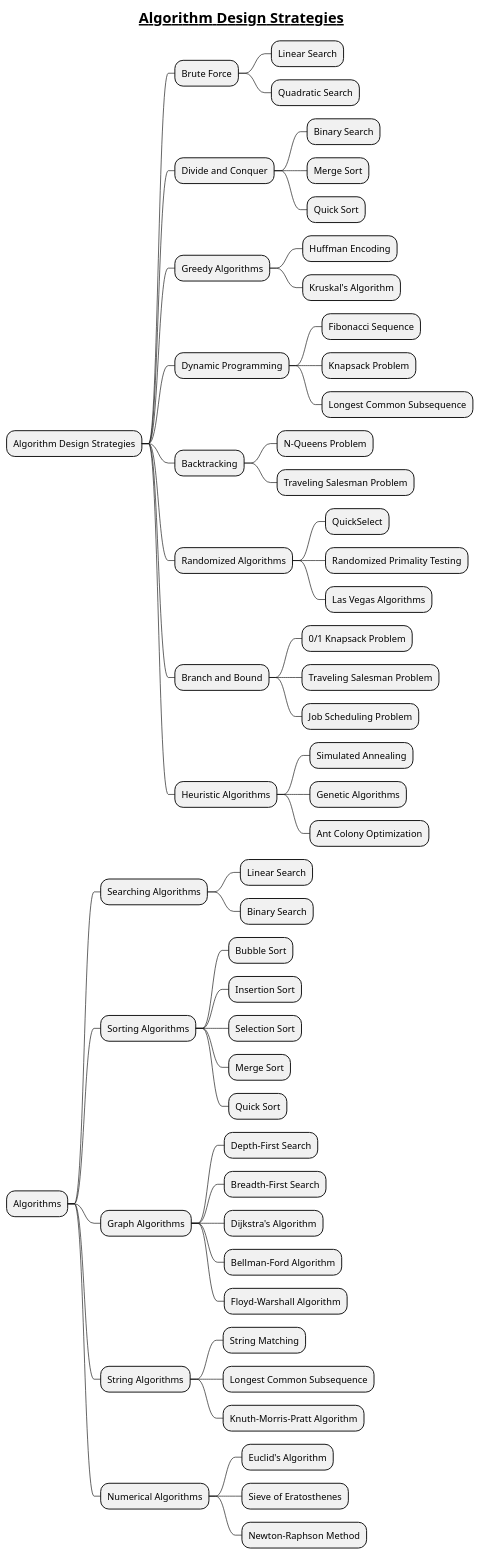
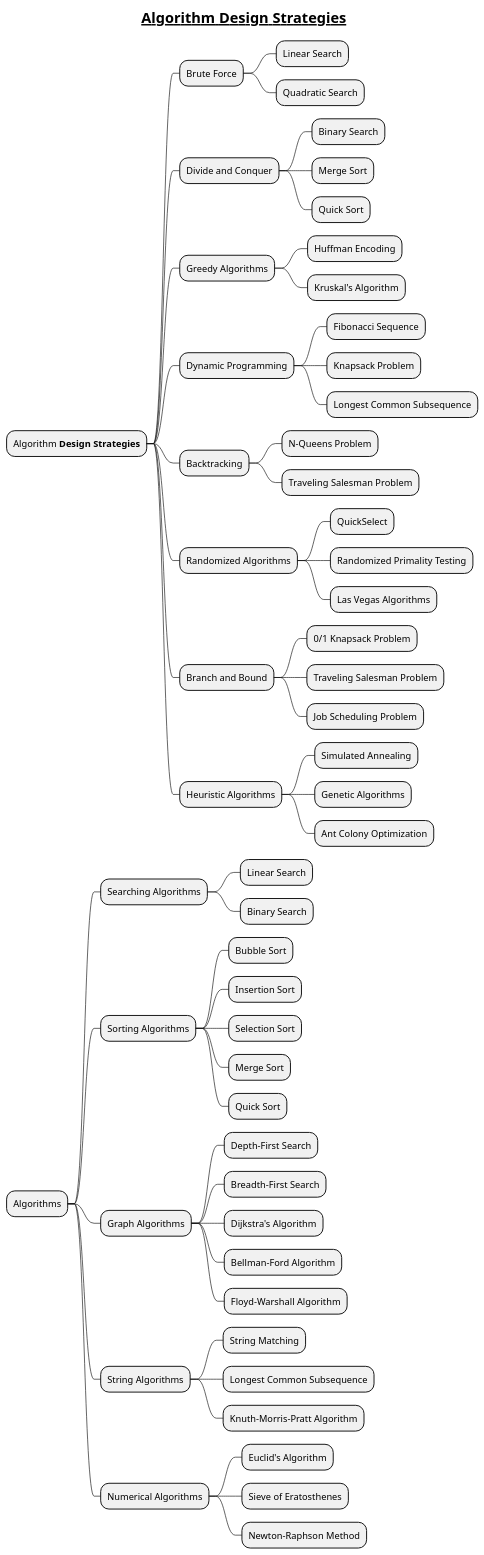
Before and after one commit to MehmoodHashmi/Documentation-as-Code-DaC: the diagram in docs/books/1-books-backlog/data-structure-and-algorithm/Algorithm-Design-Strategies.puml, drawn with PlantUML. The commit also changed 29 other files, not shown here.

Commit message:
working on Algorithms.puml mindmap

```diff
--- a/docs/books/1-books-backlog/data-structure-and-algorithm/Algorithm-Design-Strategies.puml
+++ b/docs/books/1-books-backlog/data-structure-and-algorithm/Algorithm-Design-Strategies.puml
@@ -1,58 +1,58 @@
 @startmindmap
 title =__ Algorithm Design Strategies__
 
-* Algorithm Design Strategies
+* Algorithm **Design Strategies**
 ** Brute Force
 *** Linear Search
 *** Quadratic Search
 ** Divide and Conquer
 *** Binary Search
 *** Merge Sort
 *** Quick Sort
 ** Greedy Algorithms
 *** Huffman Encoding
 *** Kruskal's Algorithm
 ** Dynamic Programming
 *** Fibonacci Sequence
 *** Knapsack Problem
 *** Longest Common Subsequence
 ** Backtracking
 *** N-Queens Problem
 *** Traveling Salesman Problem
 ** Randomized Algorithms
 *** QuickSelect
 *** Randomized Primality Testing
 *** Las Vegas Algorithms
 ** Branch and Bound
 *** 0/1 Knapsack Problem
 *** Traveling Salesman Problem
 *** Job Scheduling Problem
 ** Heuristic Algorithms
 *** Simulated Annealing
 *** Genetic Algorithms
 *** Ant Colony Optimization
 * Algorithms
 ** Searching Algorithms
 *** Linear Search
 *** Binary Search
 ** Sorting Algorithms
 *** Bubble Sort
 *** Insertion Sort
 *** Selection Sort
 *** Merge Sort
 *** Quick Sort
 ** Graph Algorithms
 *** Depth-First Search
 *** Breadth-First Search
 *** Dijkstra's Algorithm
 *** Bellman-Ford Algorithm
 *** Floyd-Warshall Algorithm
 ** String Algorithms
 *** String Matching
 *** Longest Common Subsequence
 *** Knuth-Morris-Pratt Algorithm
 ** Numerical Algorithms
 *** Euclid's Algorithm
 *** Sieve of Eratosthenes
 *** Newton-Raphson Method
 @endmindmap
```
